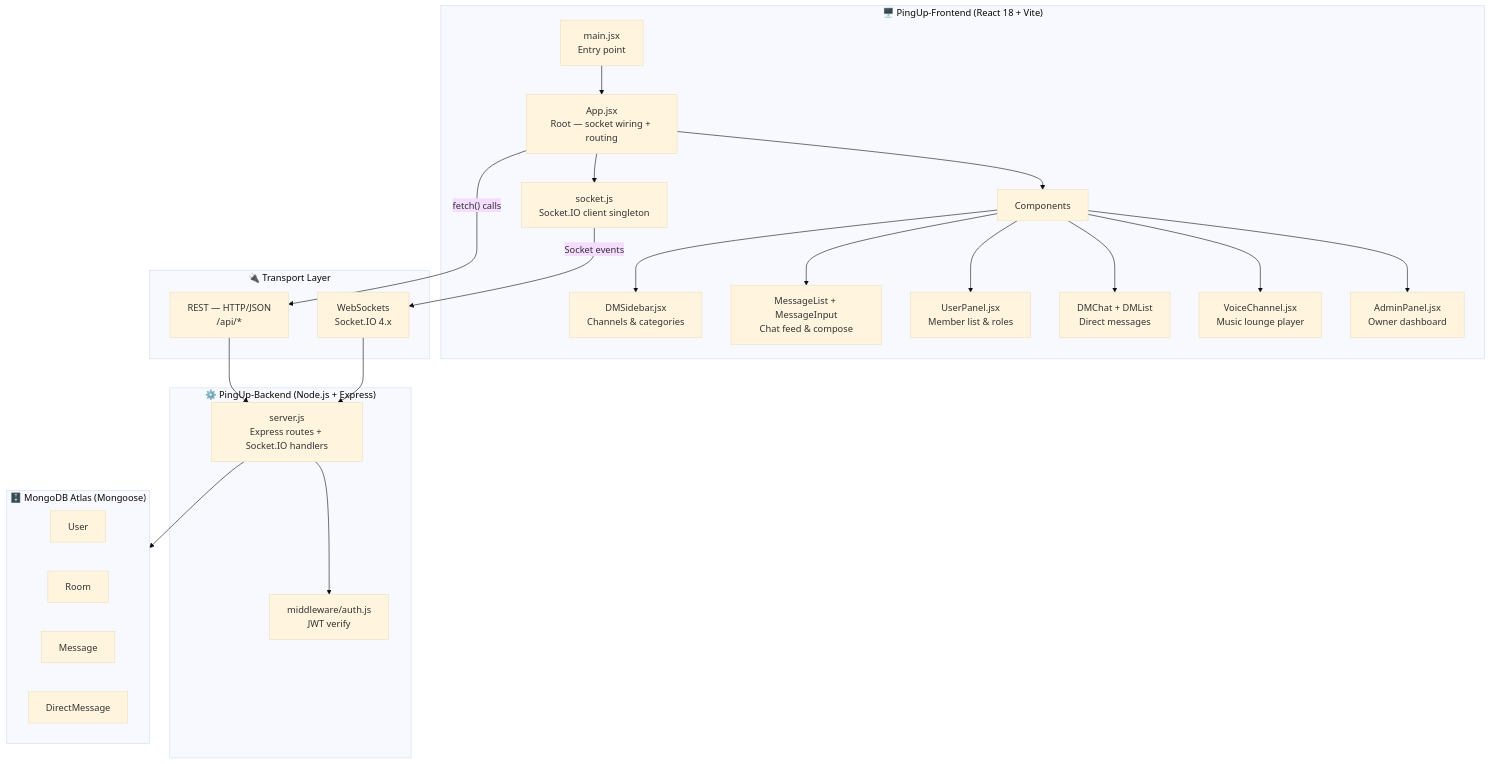
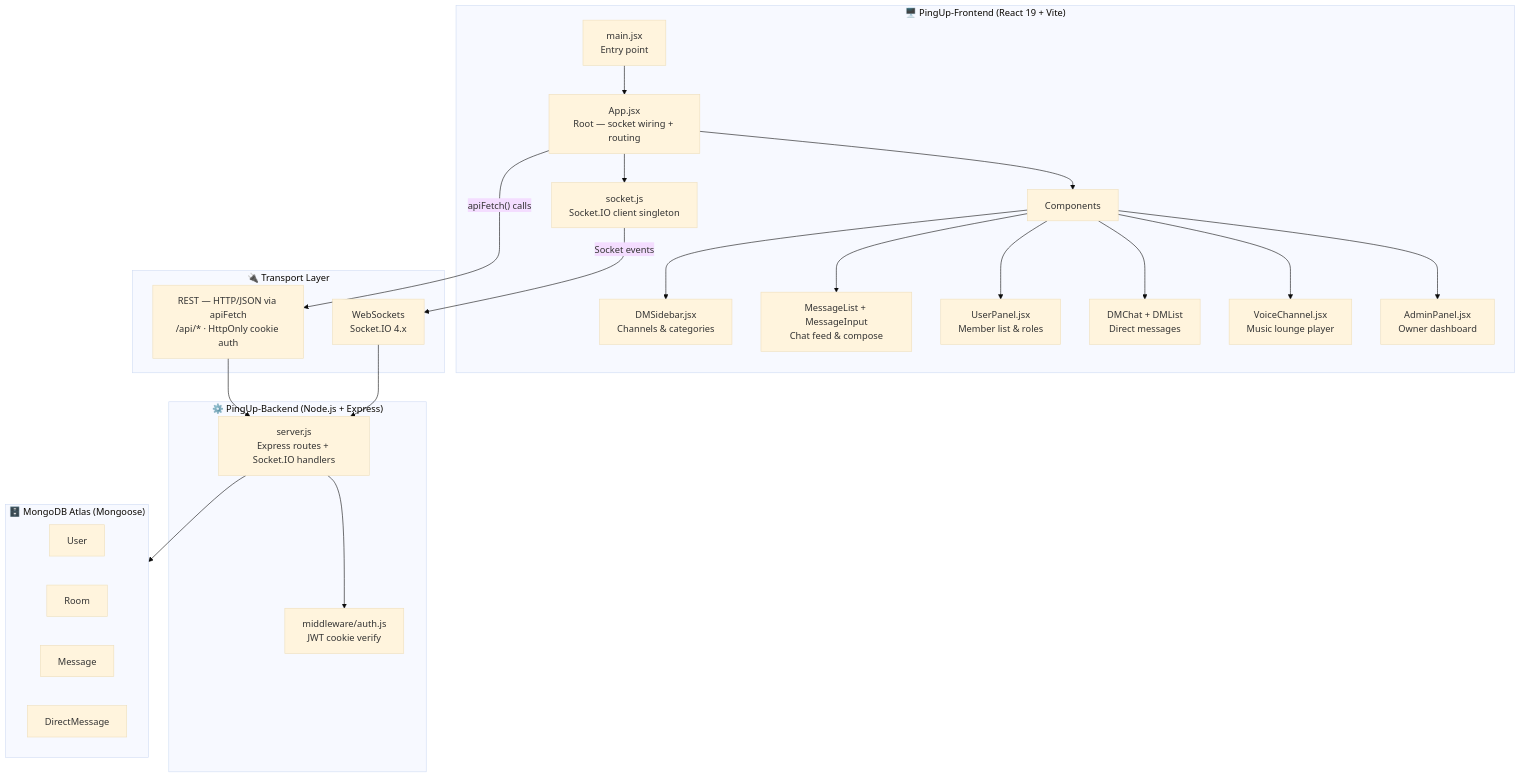
Before and after one commit to sabeenaviklar/PingUp: the diagram in docs/ARCHITECTURE.md, drawn with Mermaid (base theme). The commit also changed other lines of this file, not shown here.

Commit message:
architectute documentation updated

````diff
--- a/docs/ARCHITECTURE.md
+++ b/docs/ARCHITECTURE.md
@@ -9,38 +9,38 @@
 ```mermaid
 flowchart TD
-    subgraph Client ["🖥️ PingUp-Frontend (React 18 + Vite)"]
+    subgraph Client ["🖥️ PingUp-Frontend (React 19 + Vite)"]
         A[main.jsx\nEntry point] --> B[App.jsx\nRoot — socket wiring + routing]
         B --> C[socket.js\nSocket.IO client singleton]
         B --> D[Components]
         D --> D1[DMSidebar.jsx\nChannels & categories]
         D --> D2[MessageList + MessageInput\nChat feed & compose]
         D --> D3[UserPanel.jsx\nMember list & roles]
         D --> D4[DMChat + DMList\nDirect messages]
         D --> D5[VoiceChannel.jsx\nMusic lounge player]
         D --> D6[AdminPanel.jsx\nOwner dashboard]
     end
 
     subgraph Transport ["🔌 Transport Layer"]
-        E[REST — HTTP/JSON\n/api/*]
+        E[REST — HTTP/JSON via apiFetch\n/api/* · HttpOnly cookie auth]
         F[WebSockets\nSocket.IO 4.x]
     end
 
     subgraph Server ["⚙️ PingUp-Backend (Node.js + Express)"]
         G[server.js\nExpress routes + Socket.IO handlers]
-        H[middleware/auth.js\nJWT verify]
+        H[middleware/auth.js\nJWT cookie verify]
         G --> H
     end
 
     subgraph DB ["🗄️ MongoDB Atlas (Mongoose)"]
         I1[User]
         I2[Room]
         I3[Message]
         I4[DirectMessage]
     end
 
     C -- "Socket events" --> F
-    B -- "fetch() calls" --> E
+    B -- "apiFetch() calls" --> E
     E --> G
     F --> G
     G --> DB
 ```
````
